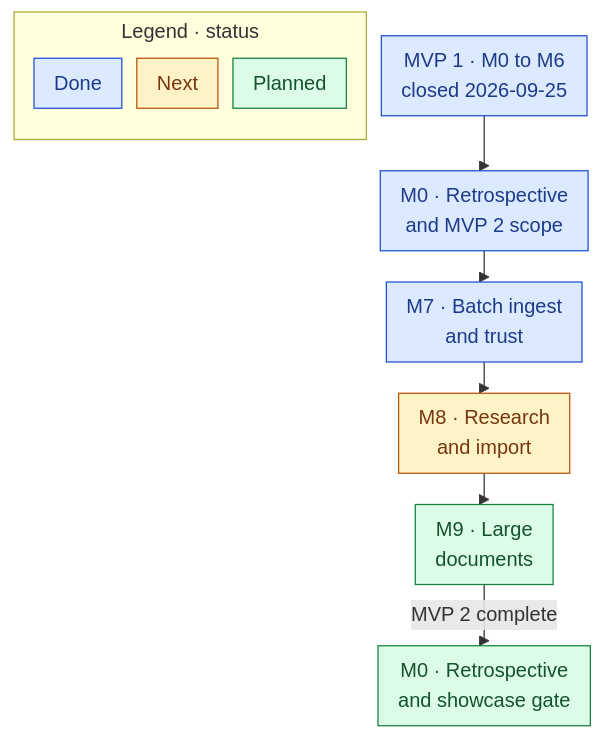
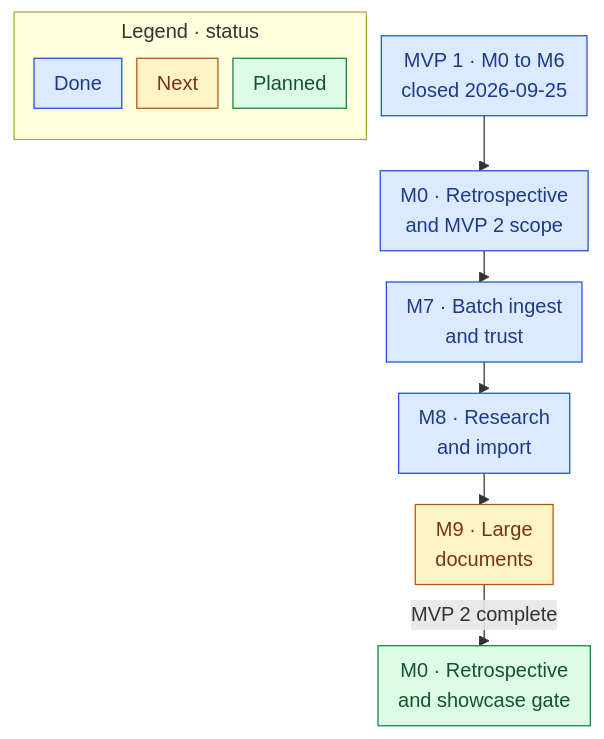
Before and after one commit to quocnguyen13/second-brain: the diagram in mine/projects/thinking-system/21 Roadmap.md, drawn with Mermaid. The commit also changed other lines of this file and 10 other files, not shown here.

````diff
--- a/mine/projects/thinking-system/21 Roadmap.md
+++ b/mine/projects/thinking-system/21 Roadmap.md
@@ -19,21 +19,21 @@
 ```mermaid
 %%{init: {"flowchart": {"curve": "step", "useMaxWidth": true, "nodeSpacing": 12, "rankSpacing": 25, "padding": 8, "subGraphTitleMargin": {"top": 4, "bottom": 8}}}}%%
 flowchart TD
     subgraph LEG["Legend · status"]
         direction TB
         L1["Done"]:::done
         L2["Next"]:::next
         L3["Planned"]:::plan
     end
     V1["MVP 1 · M0 to M6<br/>closed 2026-09-25"]:::done
     PM["M0 · Retrospective<br/>and MVP 2 scope"]:::done
     M7["M7 · Batch ingest<br/>and trust"]:::done
-    M8["M8 · Research<br/>and import"]:::next
-    M9["M9 · Large<br/>documents"]:::plan
+    M8["M8 · Research<br/>and import"]:::done
+    M9["M9 · Large<br/>documents"]:::next
     G["M0 · Retrospective<br/>and showcase gate"]:::plan
     V1 --> PM --> M7 --> M8 --> M9
     M9 -- "MVP 2 complete" --> G
     classDef done fill:#dbeafe,stroke:#1d4ed8,color:#1e3a8a
     classDef next fill:#fef3c7,stroke:#b45309,color:#78350f
     classDef plan fill:#dcfce7,stroke:#15803d,color:#14532d
 ```
````
